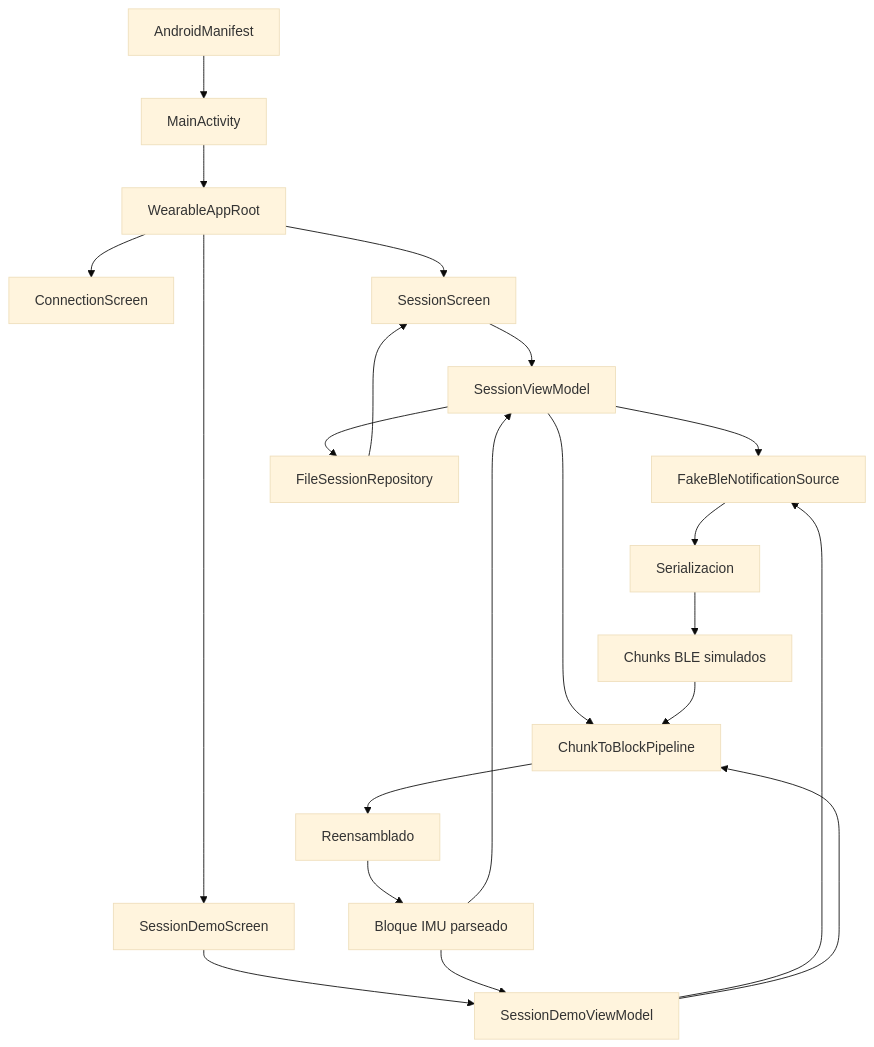
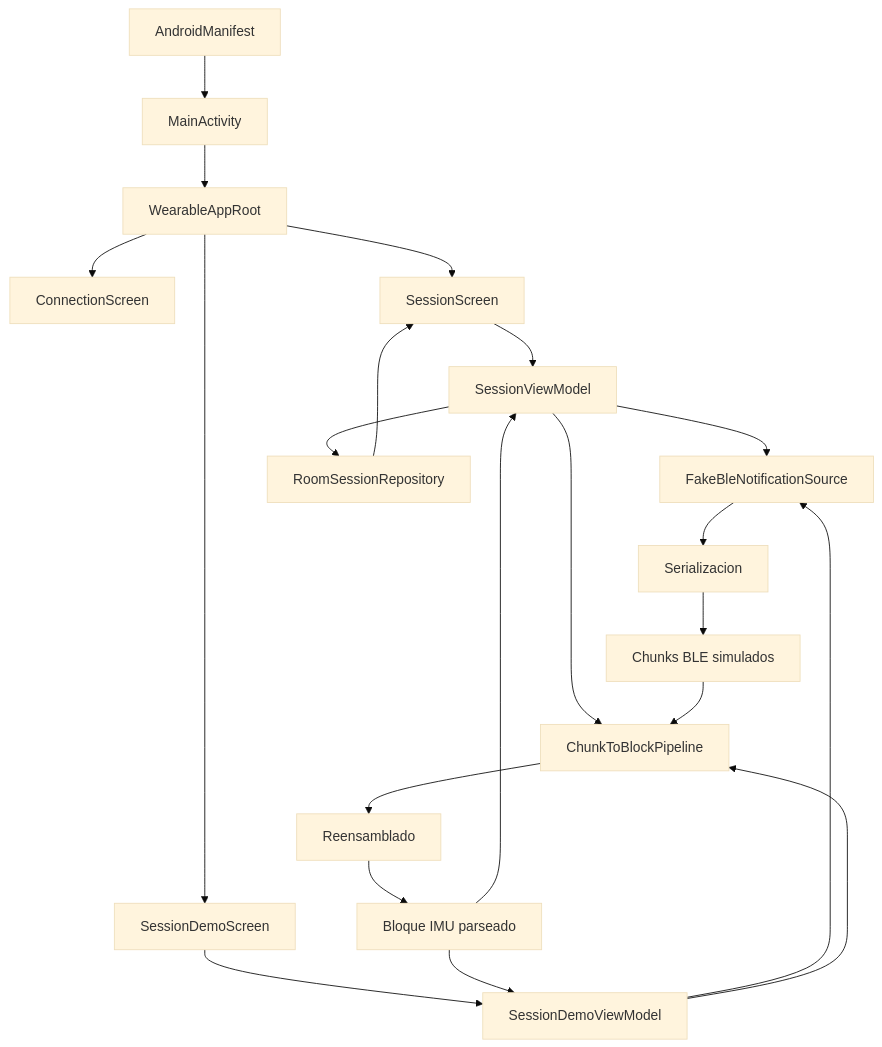
The sixth of 6 diagrams in docs/pizarra-aprendizaje-app-android.md (daniela-sanz/padel-analytics), drawn with Mermaid (base theme) before and after one commit. The commit also changed other lines of this file and 45 other files, not shown here.

````diff
--- a/docs/pizarra-aprendizaje-app-android.md
+++ b/docs/pizarra-aprendizaje-app-android.md
@@ -560,26 +758,26 @@
 ```mermaid
 flowchart TD
     A[AndroidManifest] --> B[MainActivity]
     B --> C[WearableAppRoot]
     C --> D[ConnectionScreen]
     C --> E[SessionScreen]
     C --> F[SessionDemoScreen]
 
     E --> G[SessionViewModel]
     F --> H[SessionDemoViewModel]
 
     G --> I[FakeBleNotificationSource]
     H --> I
-    G --> J[FileSessionRepository]
+    G --> J[RoomSessionRepository]
     G --> K[ChunkToBlockPipeline]
     H --> K
 
     I --> L[Serializacion]
     L --> M[Chunks BLE simulados]
     M --> K
     K --> N[Reensamblado]
     N --> O[Bloque IMU parseado]
     O --> G
     O --> H
     J --> E
 ```
````
